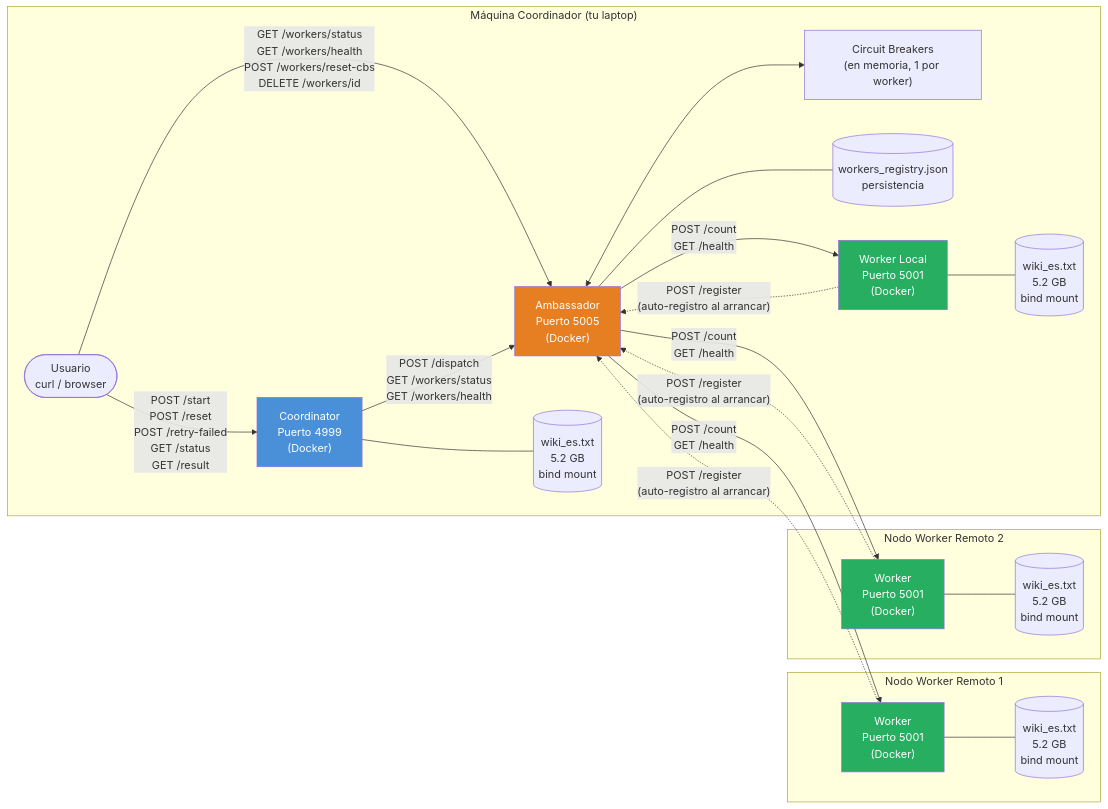
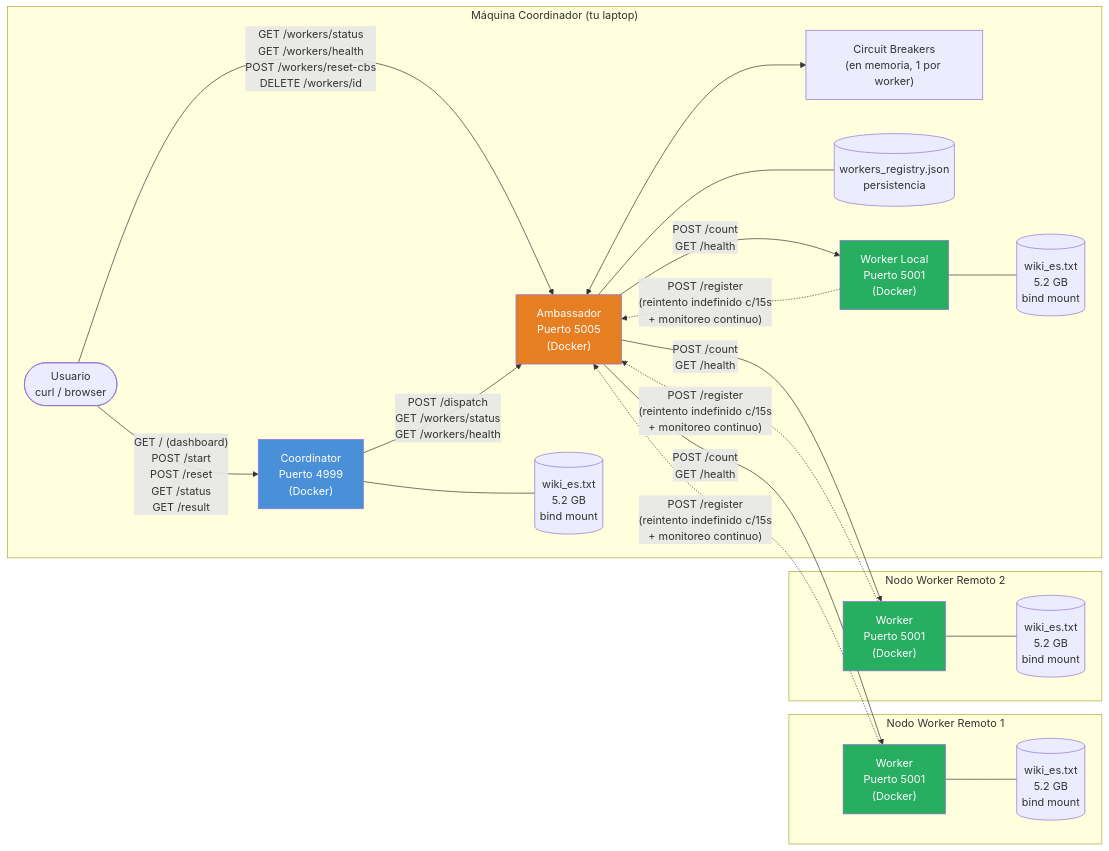
One commit to Cantuuuu/Word-Frecuency-Counter changed the first of 6 diagrams in docs/diagramas.md. Above: the diagram before and after it, drawn with Mermaid. The commit also changed other lines of this file, not shown here.

First line of the commit message:
docs: actualizar diagramas para reflejar el código actual

````diff
--- a/docs/diagramas.md
+++ b/docs/diagramas.md
@@ -5,46 +5,46 @@
 ```mermaid
 graph LR
     subgraph "Máquina Coordinador (tu laptop)"
         U([Usuario<br>curl / browser])
         CO["Coordinator<br>Puerto 4999<br>(Docker)"]
         AM["Ambassador<br>Puerto 5005<br>(Docker)"]
         CB["Circuit Breakers<br>(en memoria, 1 por worker)"]
         REG[("workers_registry.json<br>persistencia")]
         WL["Worker Local<br>Puerto 5001<br>(Docker)"]
         DL[("wiki_es.txt<br>5.2 GB<br>bind mount")]
         DC[("wiki_es.txt<br>5.2 GB<br>bind mount")]
 
         AM <--> CB
         AM --- REG
         WL --- DL
         CO --- DC
     end
 
     subgraph "Nodo Worker Remoto 1"
         W1["Worker<br>Puerto 5001<br>(Docker)"]
         D1[("wiki_es.txt<br>5.2 GB<br>bind mount")]
         W1 --- D1
     end
 
     subgraph "Nodo Worker Remoto 2"
         W2["Worker<br>Puerto 5001<br>(Docker)"]
         D2[("wiki_es.txt<br>5.2 GB<br>bind mount")]
         W2 --- D2
     end
 
-    U -->|"POST /start<br>POST /reset<br>POST /retry-failed<br>GET /status<br>GET /result"| CO
+    U -->|"GET / (dashboard)<br>POST /start<br>POST /reset<br>GET /status<br>GET /result"| CO
     U -->|"GET /workers/status<br>GET /workers/health<br>POST /workers/reset-cbs<br>DELETE /workers/id"| AM
     CO -->|"POST /dispatch<br>GET /workers/status<br>GET /workers/health"| AM
     AM -->|"POST /count<br>GET /health"| WL
     AM -->|"POST /count<br>GET /health"| W1
     AM -->|"POST /count<br>GET /health"| W2
-    WL -.->|"POST /register<br>(auto-registro al arrancar)"| AM
-    W1 -.->|"POST /register<br>(auto-registro al arrancar)"| AM
-    W2 -.->|"POST /register<br>(auto-registro al arrancar)"| AM
+    WL -.->|"POST /register<br>(reintento indefinido c/15s<br>+ monitoreo continuo)"| AM
+    W1 -.->|"POST /register<br>(reintento indefinido c/15s<br>+ monitoreo continuo)"| AM
+    W2 -.->|"POST /register<br>(reintento indefinido c/15s<br>+ monitoreo continuo)"| AM
 
     style CO fill:#4A90D9,color:#fff
     style AM fill:#E67E22,color:#fff
     style WL fill:#27AE60,color:#fff
     style W1 fill:#27AE60,color:#fff
     style W2 fill:#27AE60,color:#fff
 ```
````
